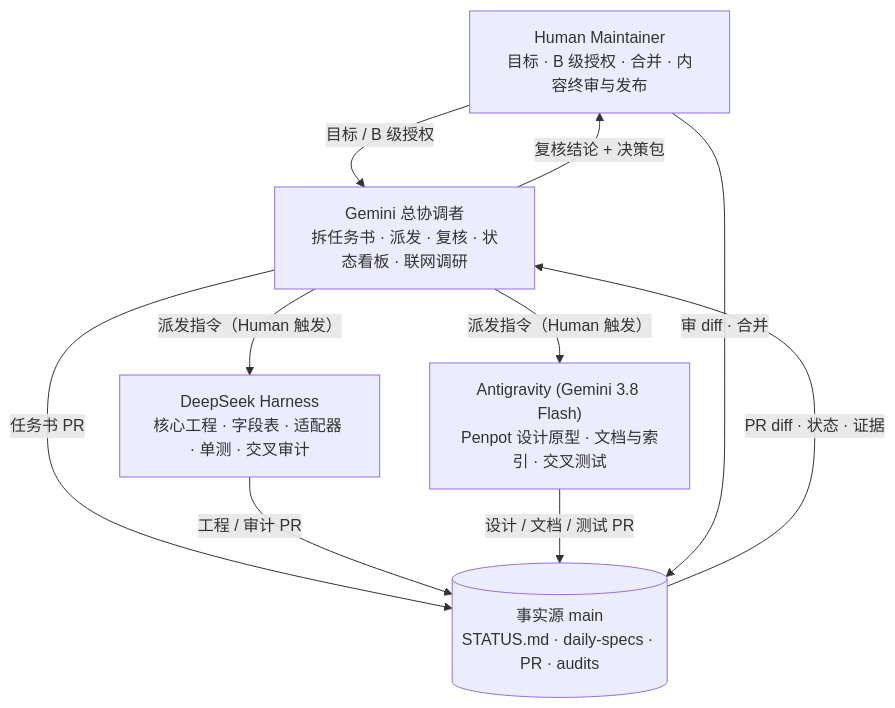
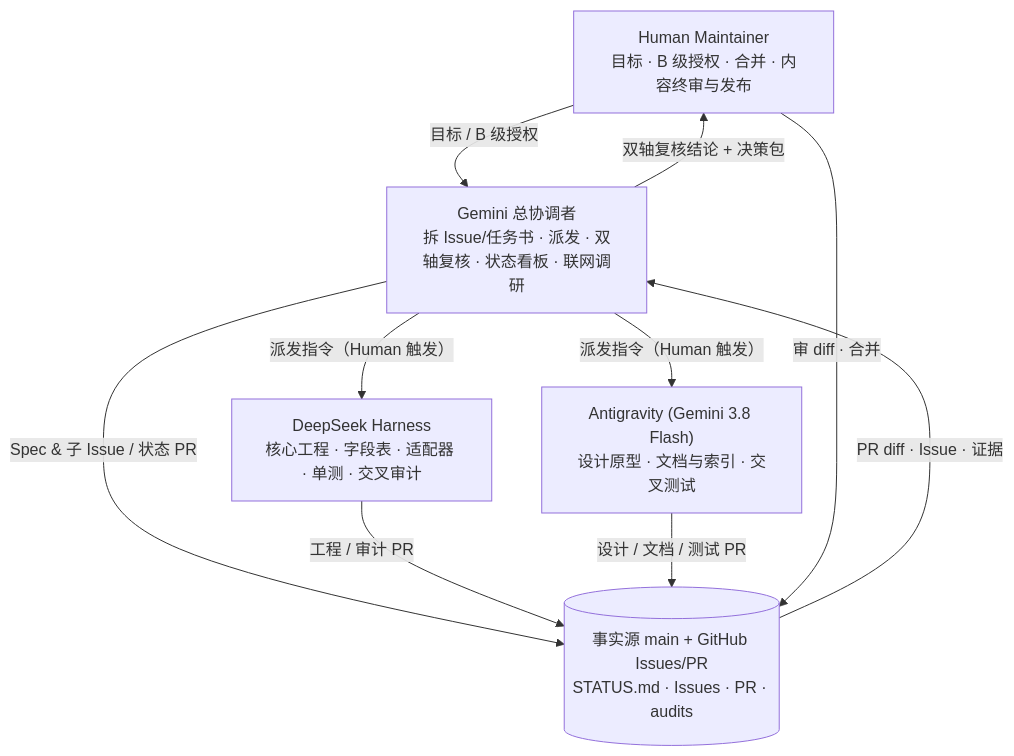
One commit to fitalex/LexAIDaily changed the first of 2 diagrams in AGENTS.md. Above: the diagram before and after it, drawn with Mermaid. The commit also changed other lines of this file and 5 other files, not shown here.

Commit message:
docs(gov): LD-GOV-05 接入 6 个核心协调技能自动路由、启用 GitHub Issue 任务书载体并升级模板至 V2.0

````diff
--- a/AGENTS.md
+++ b/AGENTS.md
@@ -24,18 +24,18 @@
 ```mermaid
 flowchart TB
     H["Human Maintainer<br/>目标 · B 级授权 · 合并 · 内容终审与发布"]
-    G["Gemini 总协调者<br/>拆任务书 · 派发 · 复核 · 状态看板 · 联网调研"]
+    G["Gemini 总协调者<br/>拆 Issue/任务书 · 派发 · 双轴复核 · 状态看板 · 联网调研"]
     D["DeepSeek Harness<br/>核心工程 · 字段表 · 适配器 · 单测 · 交叉审计"]
-    A["Antigravity (Gemini 3.8 Flash)<br/>Penpot 设计原型 · 文档与索引 · 交叉测试"]
-    R[("事实源 main<br/>STATUS.md · daily-specs · PR · audits")]
+    A["Antigravity (Gemini 3.8 Flash)<br/>设计原型 · 文档与索引 · 交叉测试"]
+    R[("事实源 main + GitHub Issues/PR<br/>STATUS.md · Issues · PR · audits")]
 
     H -->|目标 / B 级授权| G
-    G -->|任务书 PR| R
+    G -->|Spec & 子 Issue / 状态 PR| R
     G -->|派发指令（Human 触发）| D
     G -->|派发指令（Human 触发）| A
     D -->|工程 / 审计 PR| R
     A -->|设计 / 文档 / 测试 PR| R
-    R -->|PR diff · 状态 · 证据| G
-    G -->|复核结论 + 决策包| H
+    R -->|PR diff · Issue · 证据| G
+    G -->|双轴复核结论 + 决策包| H
     H -->|审 diff · 合并| R
 ```
````
